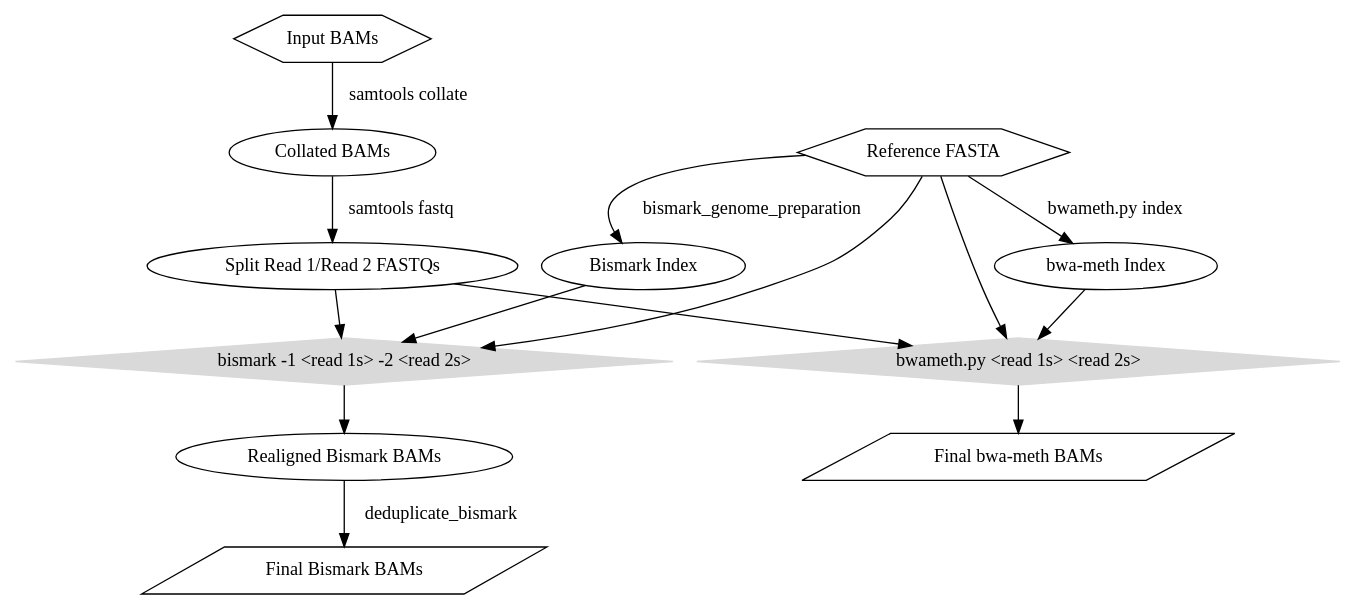
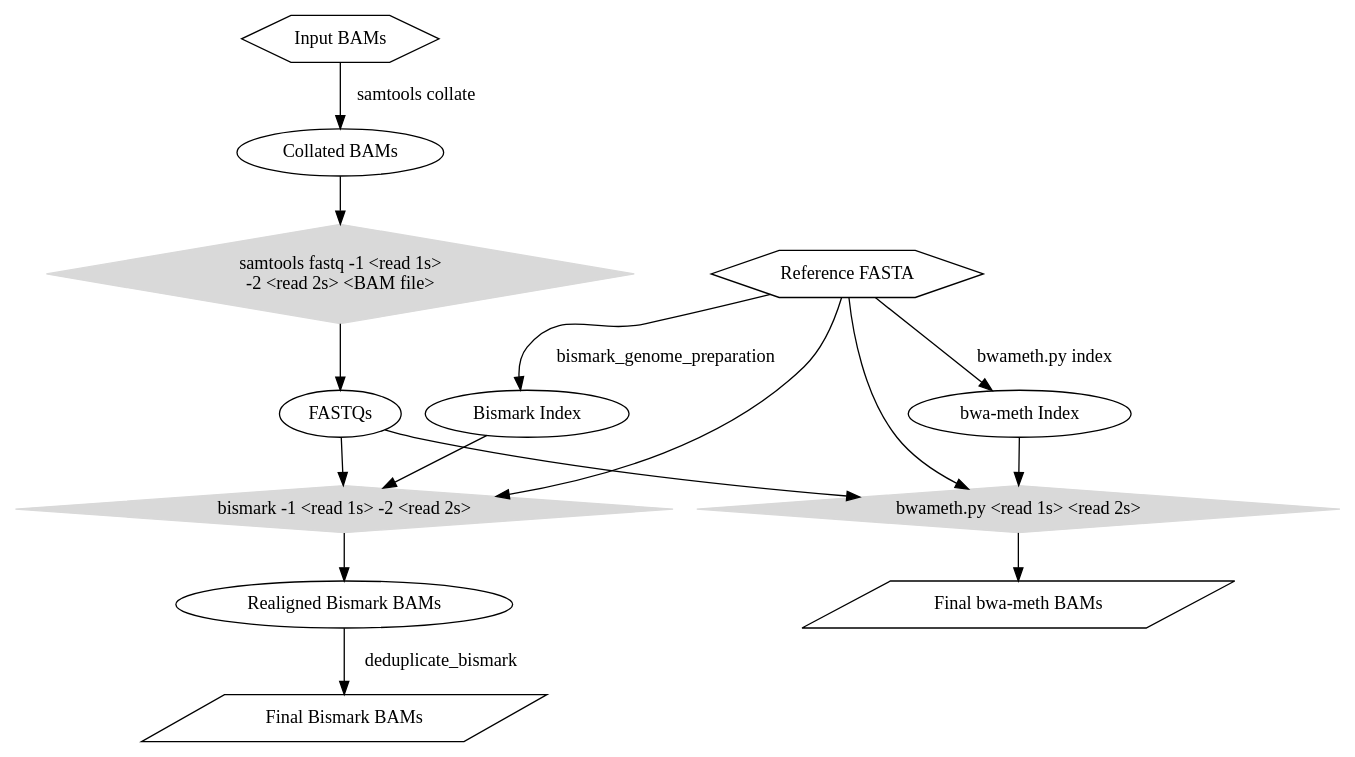
One commit to nebiolabs/low_bismap_methyl_calls changed the diagram in realign workflow.dot. Above: the diagram before and after it, drawn with Graphviz. The commit also changed 2 other files, not shown here.

Commit message:
Updated realign DAG figure again.

```diff
--- a/realign workflow.dot
+++ b/realign workflow.dot
@@ -1,41 +1,45 @@
 digraph workflow {
 
 	"Reference FASTA" [shape=hexagon];
 
 	"Input BAMs" [shape=hexagon];
 
 	"Final Bismark BAMs" [shape=parallelogram];
 
 	"Final bwa-meth BAMs" [shape=parallelogram];
 
 	"Bismark" [shape=diamond,  color=gray85, style=filled, label="bismark -1 <read 1s> -2 <read 2s>"];
+	
+	"samtools fastq" [shape=diamond,  color=gray85, style=filled, label="samtools fastq -1 <read 1s> \n-2 <read 2s> <BAM file>"];
 
 	"bwa-meth" [shape=diamond,  color=gray85, style=filled, label="bwameth.py <read 1s> <read 2s>"];
 
 	"Input BAMs" -> "Collated BAMs" [label="samtools collate"];
 
-	"Collated BAMs" -> "Split Read 1/Read 2 FASTQs" [label="samtools fastq"];
+	"Collated BAMs" -> "samtools fastq";
 
-	"Split Read 1/Read 2 FASTQs" -> "Bismark";
+	"samtools fastq" -> "FASTQs";
 
-	"Split Read 1/Read 2 FASTQs" -> "bwa-meth";
+	"FASTQs" -> "Bismark";
+
+	"FASTQs" -> "bwa-meth";
 
 	"Bismark Index" -> "Bismark";
 
 	"bwa-meth Index" -> "bwa-meth";
 
 	"Reference FASTA" -> "Bismark Index" [label="bismark_genome_preparation"];
 
 	"Reference FASTA" -> "bwa-meth Index" [label="bwameth.py index"];
 
 	"Reference FASTA" -> "Bismark";
 
 	"Reference FASTA" -> "bwa-meth";
 
 	"Bismark" -> "Realigned Bismark BAMs";
 
 	"Realigned Bismark BAMs" -> "Final Bismark BAMs" [label="deduplicate_bismark"];
 
 	"bwa-meth" -> "Final bwa-meth BAMs";
 
 }
```
